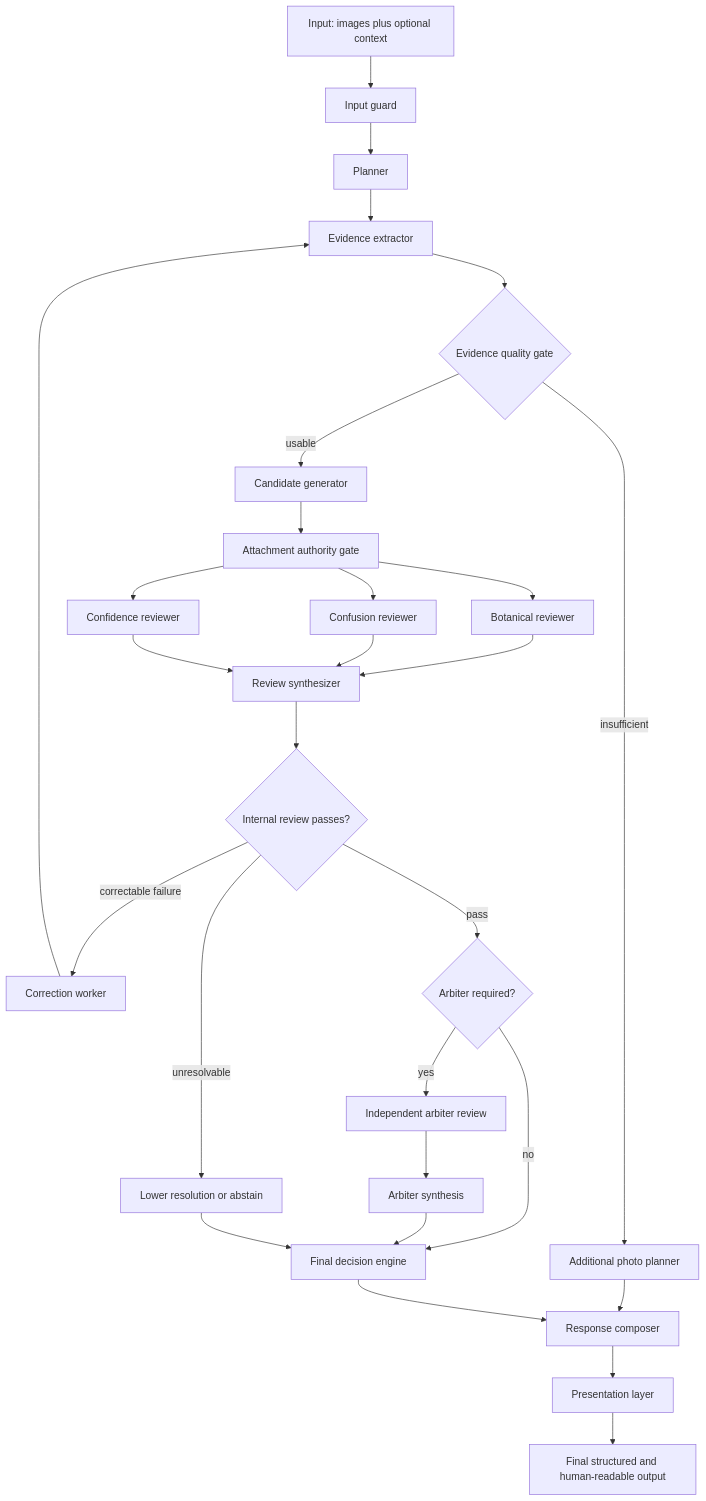
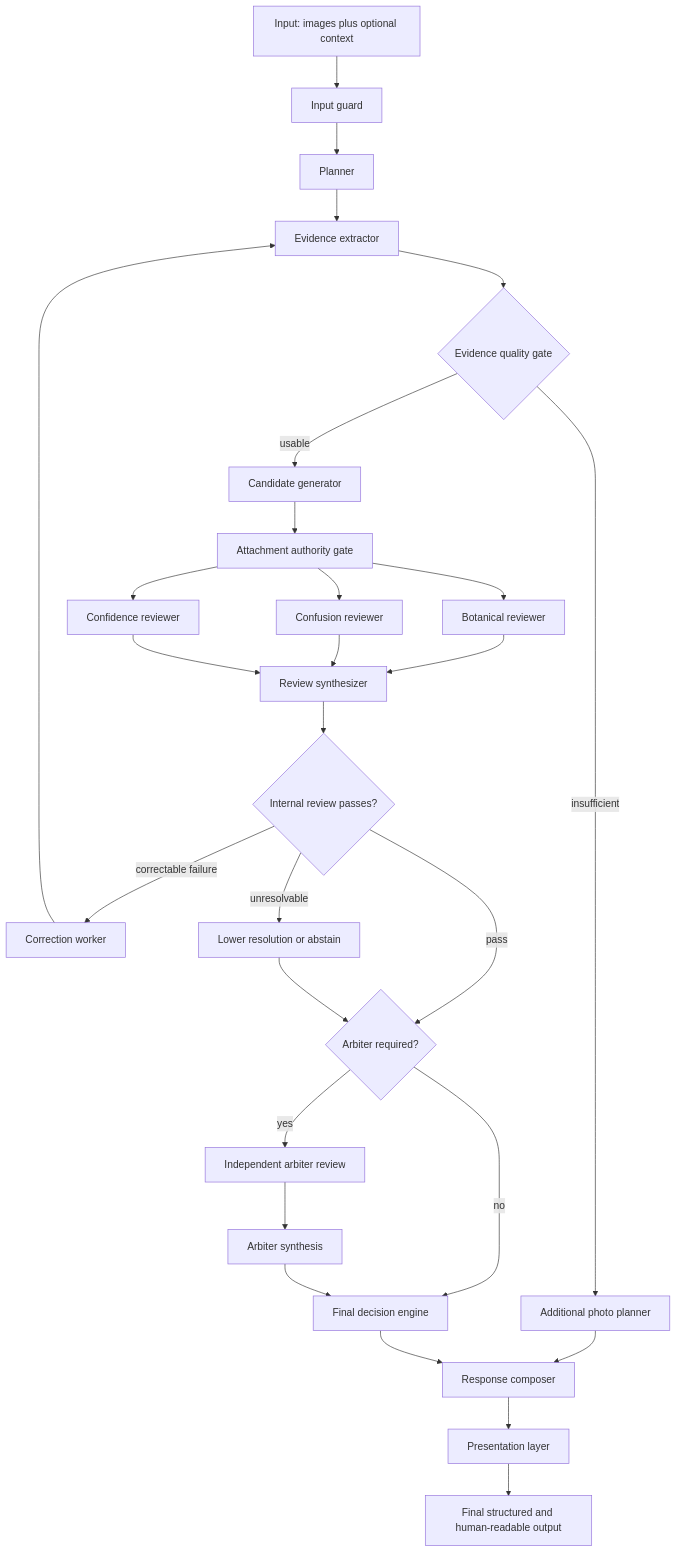
One commit to Dendro-Inspector/Dendro-Inspector changed the diagram in README.md. Above: the diagram before and after it, drawn with Mermaid. The commit also changed 26 other files, not shown here.

````diff
--- a/README.md
+++ b/README.md
@@ -45,53 +45,53 @@
 ```mermaid
 flowchart TD
     INPUT[Input: images plus optional context]
     INPUT_GUARD[Input guard]
     PLANNER[Planner]
     EVIDENCE_EXTRACTOR[Evidence extractor]
     EVIDENCE_QUALITY{Evidence quality gate}
     PHOTO_PLANNER[Additional photo planner]
     CANDIDATE_GENERATOR[Candidate generator]
     ATTACHMENT_AUTHORITY_GATE[Attachment authority gate]
     BOTANICAL_REVIEWER[Botanical reviewer]
     CONFUSION_REVIEWER[Confusion reviewer]
     CONFIDENCE_REVIEWER[Confidence reviewer]
     REVIEW_SYNTHESIZER[Review synthesizer]
     INTERNAL_GATE{Internal review passes?}
     CORRECTION_WORKER[Correction worker]
     ABSTAIN[Lower resolution or abstain]
     ESCALATION_GATE{Arbiter required?}
     ARBITER[Independent arbiter review]
     ARBITER_SYNTHESIZER[Arbiter synthesis]
     FINAL_DECISION[Final decision engine]
     RESPONSE_COMPOSER[Response composer]
     TONE_LAYER[Presentation layer]
     OUTPUT[Final structured and human-readable output]
 
     INPUT --> INPUT_GUARD
     INPUT_GUARD --> PLANNER
     PLANNER --> EVIDENCE_EXTRACTOR
     EVIDENCE_EXTRACTOR --> EVIDENCE_QUALITY
     EVIDENCE_QUALITY -->|insufficient| PHOTO_PLANNER
     PHOTO_PLANNER --> RESPONSE_COMPOSER
     EVIDENCE_QUALITY -->|usable| CANDIDATE_GENERATOR
     CANDIDATE_GENERATOR --> ATTACHMENT_AUTHORITY_GATE
     ATTACHMENT_AUTHORITY_GATE --> BOTANICAL_REVIEWER
     ATTACHMENT_AUTHORITY_GATE --> CONFUSION_REVIEWER
     ATTACHMENT_AUTHORITY_GATE --> CONFIDENCE_REVIEWER
     BOTANICAL_REVIEWER --> REVIEW_SYNTHESIZER
     CONFUSION_REVIEWER --> REVIEW_SYNTHESIZER
     CONFIDENCE_REVIEWER --> REVIEW_SYNTHESIZER
     REVIEW_SYNTHESIZER --> INTERNAL_GATE
     INTERNAL_GATE -->|correctable failure| CORRECTION_WORKER
     CORRECTION_WORKER --> EVIDENCE_EXTRACTOR
     INTERNAL_GATE -->|unresolvable| ABSTAIN
     INTERNAL_GATE -->|pass| ESCALATION_GATE
     ESCALATION_GATE -->|no| FINAL_DECISION
     ESCALATION_GATE -->|yes| ARBITER
     ARBITER --> ARBITER_SYNTHESIZER
     ARBITER_SYNTHESIZER --> FINAL_DECISION
-    ABSTAIN --> FINAL_DECISION
+    ABSTAIN --> ESCALATION_GATE
     FINAL_DECISION --> RESPONSE_COMPOSER
     RESPONSE_COMPOSER --> TONE_LAYER
     TONE_LAYER --> OUTPUT
 ```
````
